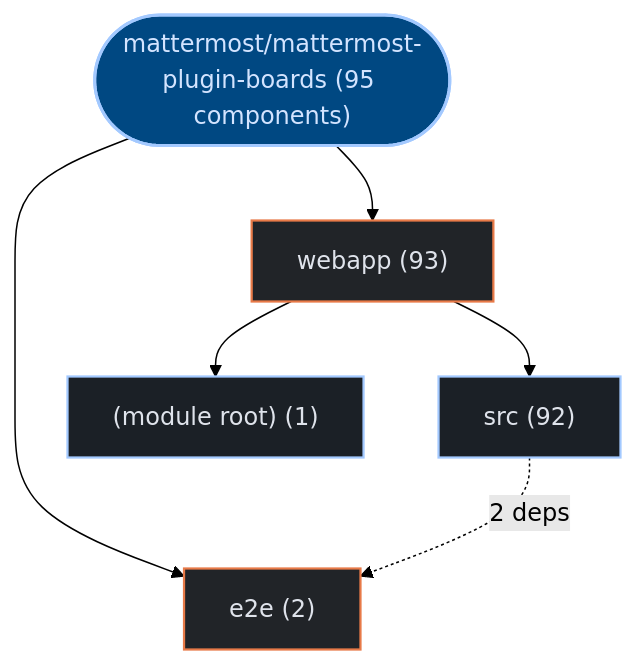
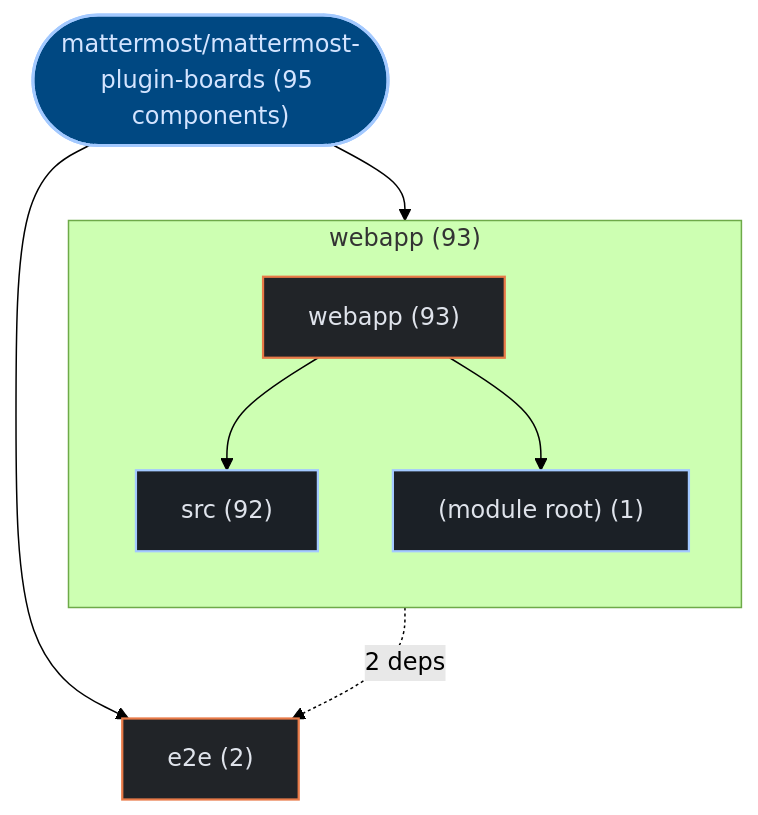
One commit to kumarshaz/atruss-code-atlas changed the first of 3 diagrams in exports/latest/reports/mattermost-mattermost-plugin-boards-report.md. Above: the diagram before and after it, drawn with Mermaid (forest theme). The commit also changed 178 other files, not shown here.

Commit message:
feat(ui,mermaid): upgrade to mermaid v12 + ELK layout, add orgs-summary + pagination, subgraph building blocks, fix tab alignment

````diff
--- a/exports/latest/reports/mattermost-mattermost-plugin-boards-report.md
+++ b/exports/latest/reports/mattermost-mattermost-plugin-boards-report.md
@@ -42,20 +42,23 @@
 ```mermaid
 graph TD;
   classDef atlasRoot fill:#004882,stroke:#a3c9ff,stroke-width:2px,color:#d3e4ff
   classDef atlasCategory fill:#212428,stroke:#E87A48,stroke-width:1.5px,color:#dfe3eb
   classDef atlasWorkflow fill:#1b2026,stroke:#a3c9ff,stroke-width:1.5px,color:#dfe3eb
   classDef atlasJob fill:#171c22,stroke:#8d9199,stroke-width:1px,color:#dfe3eb
   classDef atlasTarget fill:#005227,stroke:#8bd99b,stroke-width:1.5px,color:#a7f6b6
   classDef atlasAlert fill:#93000a,stroke:#ffb4ab,stroke-width:1.5px,color:#ffdad6
   classDef atlasMore fill:#252a31,stroke:#8d9199,stroke-dasharray:4 4,color:#c3c6cf
     repo_root(["mattermost/mattermost-plugin-boards (95 components)"]):::atlasRoot
-    dir_0_webapp["webapp (93)"]:::atlasCategory
+    subgraph sg_dir_0_webapp["webapp (93)"]
+      direction TB
+      dir_0_webapp["webapp (93)"]:::atlasCategory
+      sub_0_0_src["src (92)"]:::atlasWorkflow
+      dir_0_webapp --> sub_0_0_src
+      sub_0_1__module_root_["(module root) (1)"]:::atlasWorkflow
+      dir_0_webapp --> sub_0_1__module_root_
+    end
     repo_root --> dir_0_webapp
-    sub_0_0_src["src (92)"]:::atlasWorkflow
-    dir_0_webapp --> sub_0_0_src
-    sub_0_1__module_root_["(module root) (1)"]:::atlasWorkflow
-    dir_0_webapp --> sub_0_1__module_root_
     dir_1_e2e["e2e (2)"]:::atlasCategory
     repo_root --> dir_1_e2e
     sub_0_0_src -.->|"2 deps"| dir_1_e2e
 ```
````
